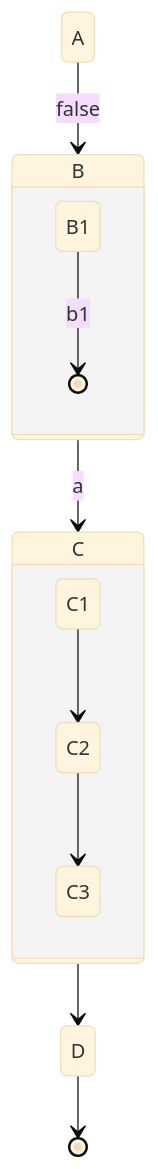
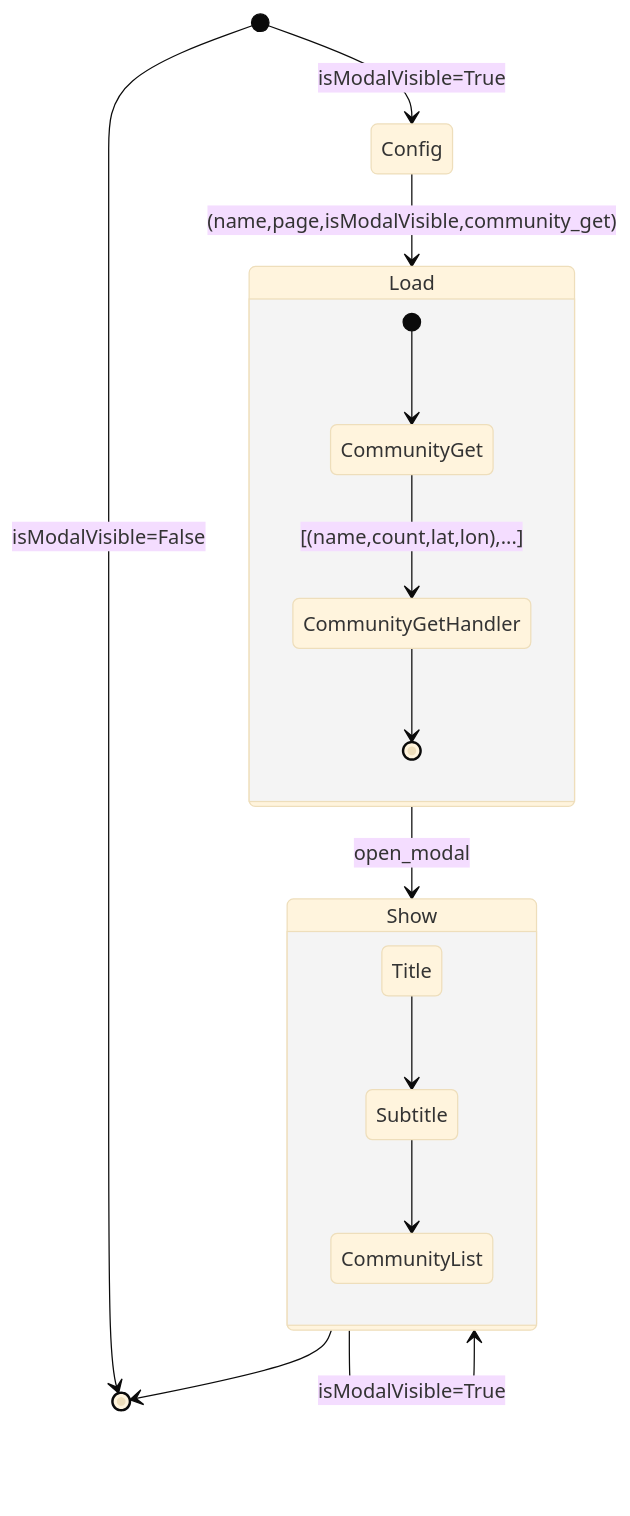
One commit to Wilfongjt/lb-A changed the first of 3 diagrams in README.md. Above: the diagram before and after it, drawn with Mermaid.

````diff
--- a/README.md
+++ b/README.md
@@ -2,22 +2,23 @@
 ```mermaid
 %%{init: {'securityLevel': 'loose', 'theme':'base'}}%%
 stateDiagram
  
 
-    state B  {
-        
-        B1 --> [*] : b1
+    state Load  {
+        [*] --> CommunityGet
+        CommunityGet --> CommunityGetHandler : [(name,count,lat,lon),...]
+        CommunityGetHandler --> [*]
     }
-    state C  {
-       
-        C1 --> C2
-        C2 --> C3
+    state Show  {
+        Title --> Subtitle
+        Subtitle --> CommunityList
     }
  
  
-    A --> B : false
-    B --> C : a
-    C --> D
-    D --> [*]
- 
+    [*] --> [*] : isModalVisible=False
+    [*] --> Config : isModalVisible=True
+    Config --> Load : (name,page,isModalVisible,community_get)
+    Load --> Show : open_modal
+    Show --> [*]
+    Show --> Show: isModalVisible=True
 ```
````
